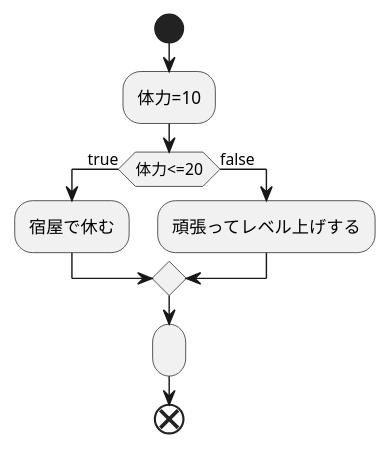
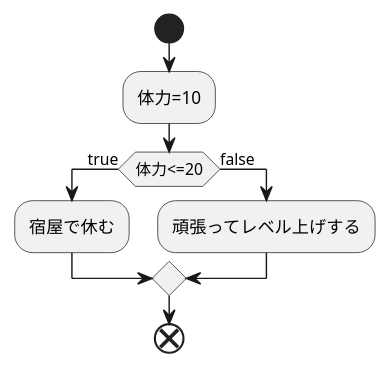
The diagram in kadai1_2.md (Aso2001007/2021sys-desgin), drawn with PlantUML before and after one commit.

````diff
--- a/kadai1_2.md
+++ b/kadai1_2.md
@@ -1,13 +1,13 @@
 ```uml
 @startuml
 start
 :体力=10;
 if(体力<=20)then(true)
 :宿屋で休む;
 else(false)
 :頑張ってレベル上げする;
 endif
-:;
+
 end
 @enduml
 ```
````
